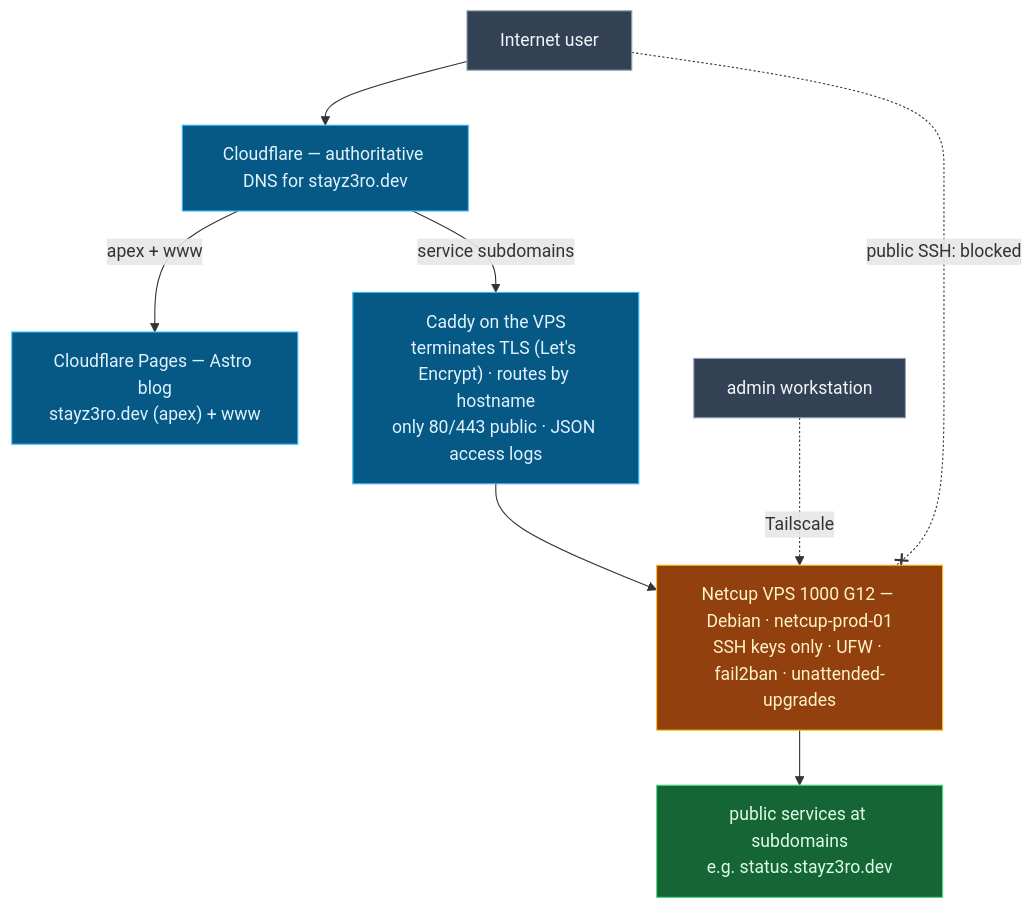
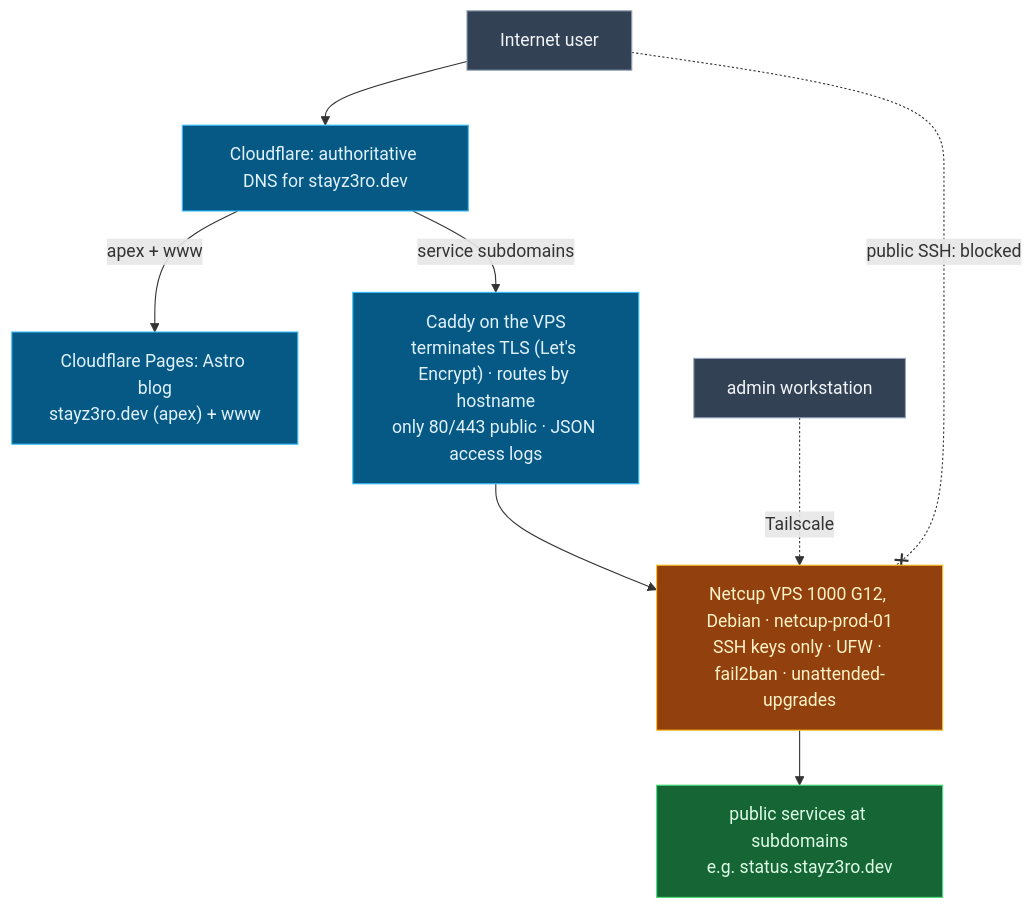
One commit to stayZ3RO/vps-cloud-infra-lab changed the diagram in diagrams/architecture.md. Above: the diagram before and after it, drawn with Mermaid. The commit also changed other lines of this file and 7 other files, not shown here.

First line of the commit message:
Remove em dashes across docs, diagrams, and lessons-learned (#12)

````diff
--- a/diagrams/architecture.md
+++ b/diagrams/architecture.md
@@ -8,26 +8,26 @@
 ```mermaid
 flowchart TD
     USER["Internet user"]
-    CF["Cloudflare — authoritative DNS for stayz3ro.dev"]
-    PAGES["Cloudflare Pages — Astro blog<br/>stayz3ro.dev (apex) + www"]
+    CF["Cloudflare: authoritative DNS for stayz3ro.dev"]
+    PAGES["Cloudflare Pages: Astro blog<br/>stayz3ro.dev (apex) + www"]
     CADDY["Caddy on the VPS<br/>terminates TLS (Let's Encrypt) · routes by hostname<br/>only 80/443 public · JSON access logs"]
-    VPS["Netcup VPS 1000 G12 — Debian · netcup-prod-01<br/>SSH keys only · UFW · fail2ban · unattended-upgrades"]
+    VPS["Netcup VPS 1000 G12, Debian · netcup-prod-01<br/>SSH keys only · UFW · fail2ban · unattended-upgrades"]
     SVCS["public services at subdomains<br/>e.g. status.stayz3ro.dev"]
     ADMIN["admin workstation"]
 
     USER --> CF
     CF -->|apex + www| PAGES
     CF -->|"service subdomains"| CADDY
     CADDY --> VPS --> SVCS
     ADMIN -.->|Tailscale| VPS
     USER -. "public SSH: blocked" .-x VPS
 
     classDef ext fill:#334155,stroke:#94a3b8,color:#f1f5f9
     classDef edge fill:#075985,stroke:#38bdf8,color:#e0f2fe
     classDef host fill:#92400e,stroke:#fbbf24,color:#fef3c7
     classDef svc fill:#166534,stroke:#4ade80,color:#dcfce7
     class USER,ADMIN ext
     class CF,PAGES,CADDY edge
     class VPS host
     class SVCS svc
 ```
````
